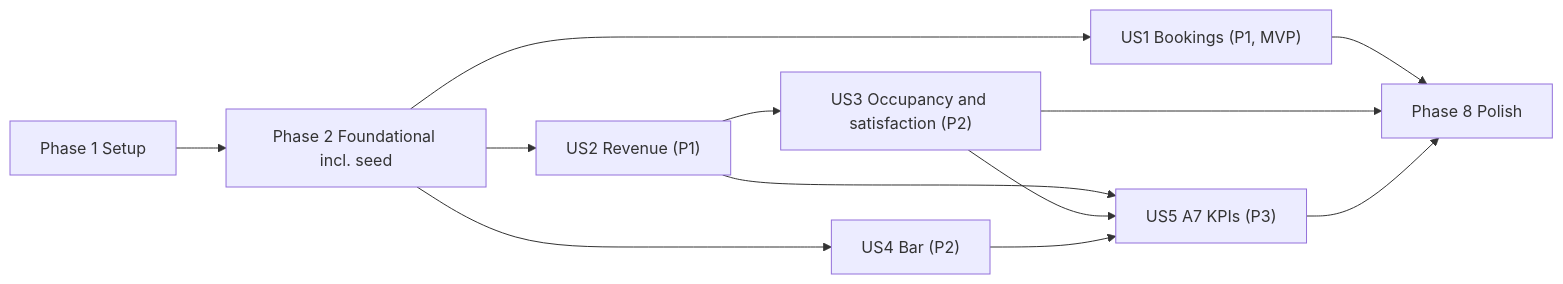
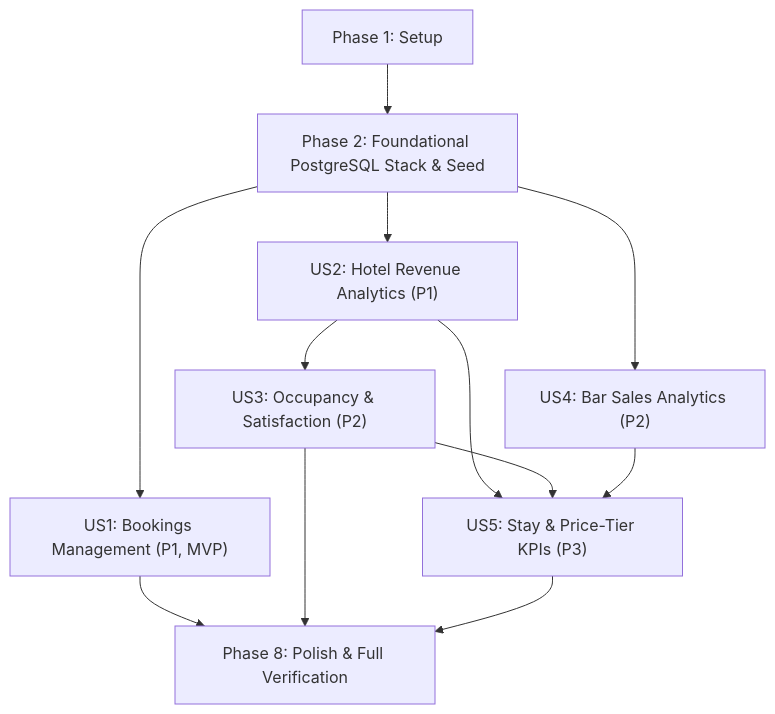
One commit to Hunder222/Hotel-Kong-Arthur changed the diagram in specs/001-hotel-analytics-platform/tasks.md. Above: the diagram before and after it, drawn with Mermaid. The commit also changed other lines of this file and 9 other files, not shown here.

````diff
--- a/specs/001-hotel-analytics-platform/tasks.md
+++ b/specs/001-hotel-analytics-platform/tasks.md
@@ -325,14 +233,14 @@
 ```mermaid
-flowchart LR
-    P1[Phase 1 Setup] --> P2[Phase 2 Foundational incl. seed]
-    P2 --> US1["US1 Bookings (P1, MVP)"]
-    P2 --> US2["US2 Revenue (P1)"]
-    P2 --> US4["US4 Bar (P2)"]
-    US2 --> US3["US3 Occupancy and satisfaction (P2)"]
-    US2 --> US5["US5 A7 KPIs (P3)"]
+flowchart TD
+    P1[Phase 1: Setup] --> P2[Phase 2: Foundational PostgreSQL Stack & Seed]
+    P2 --> US1["US1: Bookings Management (P1, MVP)"]
+    P2 --> US2["US2: Hotel Revenue Analytics (P1)"]
+    P2 --> US4["US4: Bar Sales Analytics (P2)"]
+    US2 --> US3["US3: Occupancy & Satisfaction (P2)"]
+    US2 --> US5["US5: Stay & Price-Tier KPIs (P3)"]
     US3 --> US5
     US4 --> US5
-    US1 --> POL[Phase 8 Polish]
+    US1 --> POL[Phase 8: Polish & Full Verification]
     US3 --> POL
     US5 --> POL
 ```
````
